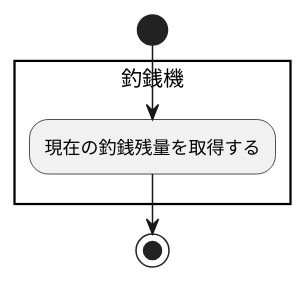
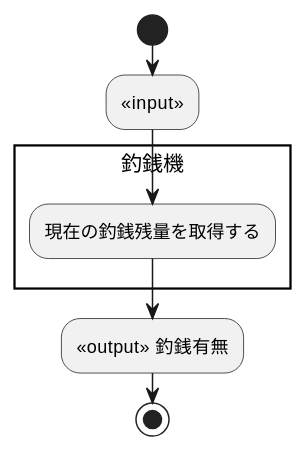
The diagram in アクティビティ図_機能/釣銭を確認する.wsd (masaki-kato-119/VendingMachine), drawn with PlantUML before and after one commit. The commit also changed 11 other files, not shown here.

Commit message:
Add sequence diagrams to verify functionality

```diff
--- a/アクティビティ図_機能/釣銭を確認する.wsd
+++ b/アクティビティ図_機能/釣銭を確認する.wsd
@@ -1,7 +1,9 @@
 @startuml
 start
+:<<input>>;
 rectangle 釣銭機 {
   :現在の釣銭残量を取得する;
 }
+:<<output>> 釣銭有無;
 stop
 @enduml
```
